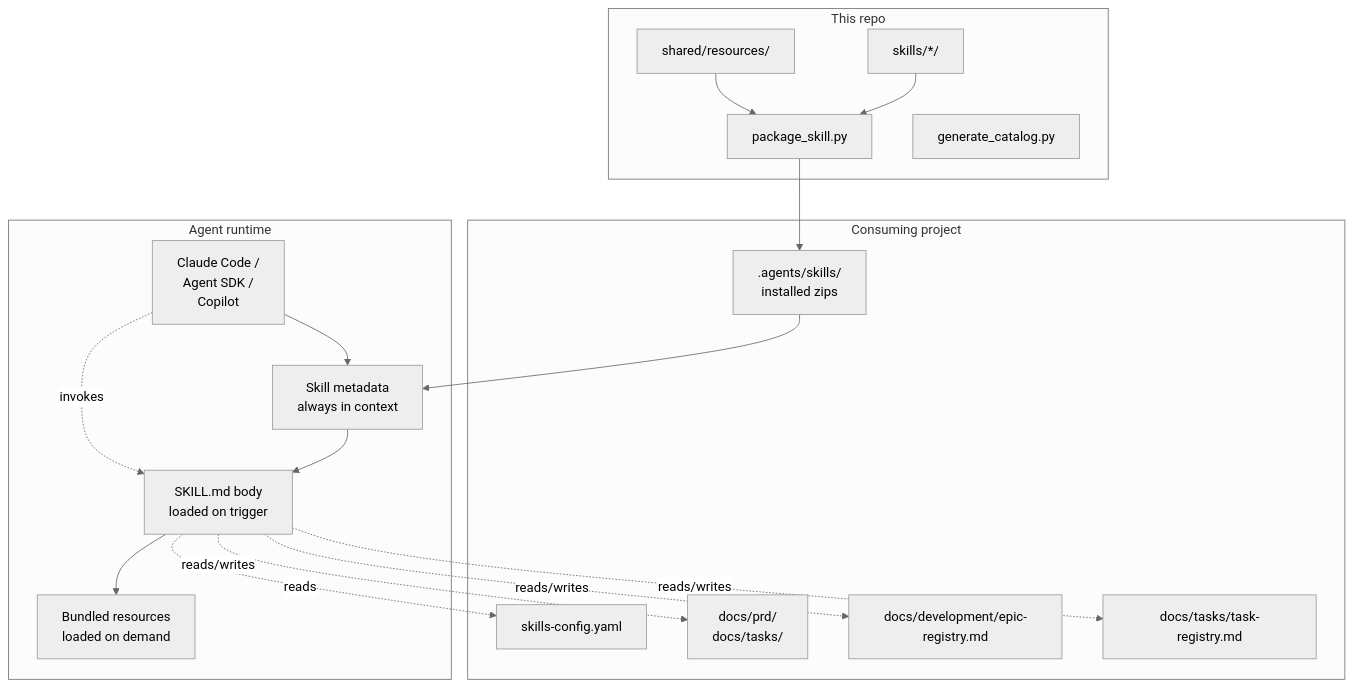
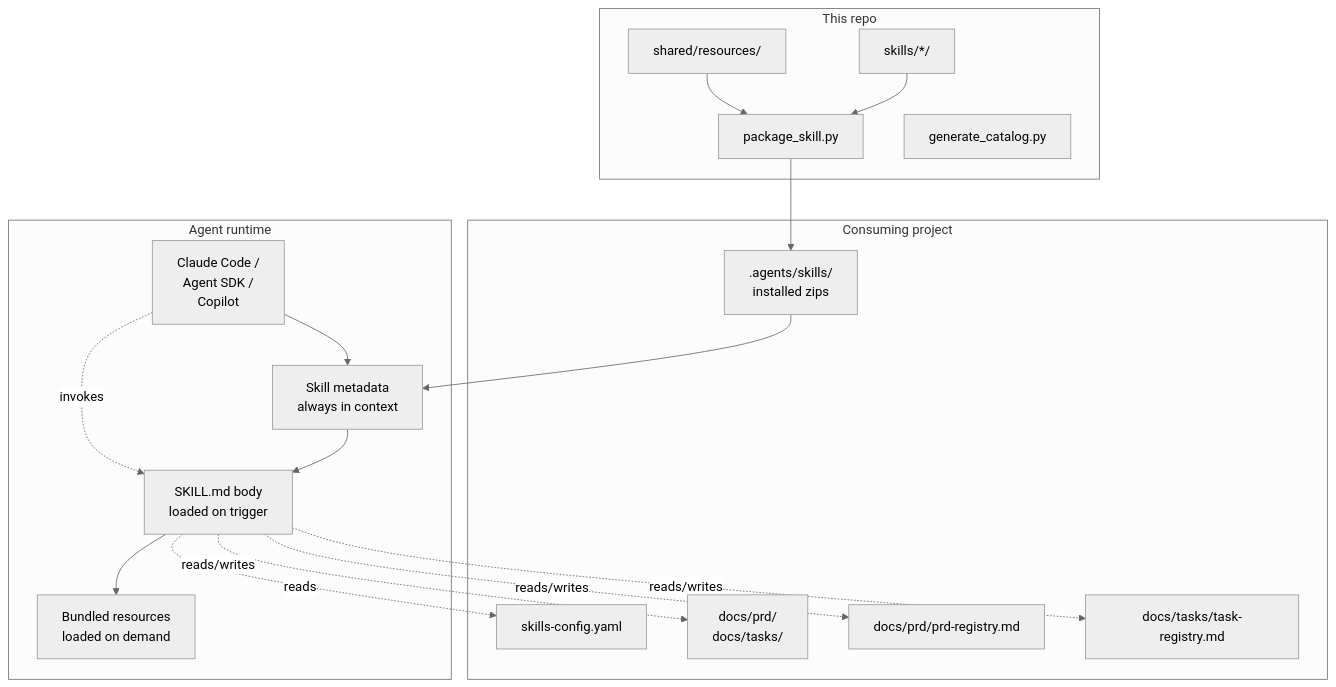
One commit to Gamaroff/agent-skills changed the first of 6 diagrams in docs/concepts/architecture.md. Above: the diagram before and after it, drawn with Mermaid (neutral theme). The commit also changed other lines of this file and 79 other files, not shown here.

````diff
--- a/docs/concepts/architecture.md
+++ b/docs/concepts/architecture.md
@@ -9,39 +9,39 @@
 ```mermaid
 flowchart TB
     subgraph CP[Consuming project]
         SC[skills-config.yaml]
         AS[.agents/skills/<br/>installed zips]
         PJD[docs/prd/<br/>docs/tasks/]
-        ER[docs/development/epic-registry.md]
+        ER[docs/prd/prd-registry.md]
         TR[docs/tasks/task-registry.md]
     end
 
     subgraph AGENT[Agent runtime]
         AGN[Claude Code /<br/>Agent SDK /<br/>Copilot]
         MD[Skill metadata<br/>always in context]
         SK[SKILL.md body<br/>loaded on trigger]
         RS[Bundled resources<br/>loaded on demand]
     end
 
     subgraph LIB[This repo]
         SRC[skills/*/]
         SHR[shared/resources/]
         PKG[package_skill.py]
         CAT[generate_catalog.py]
     end
 
     SRC --> PKG
     SHR --> PKG
     PKG --> AS
 
     AS --> MD
     MD --> SK
     SK --> RS
 
     AGN --> MD
     AGN -.invokes.-> SK
     SK -.reads/writes.-> PJD
     SK -.reads.-> SC
     SK -.reads/writes.-> ER
     SK -.reads/writes.-> TR
 ```
````
